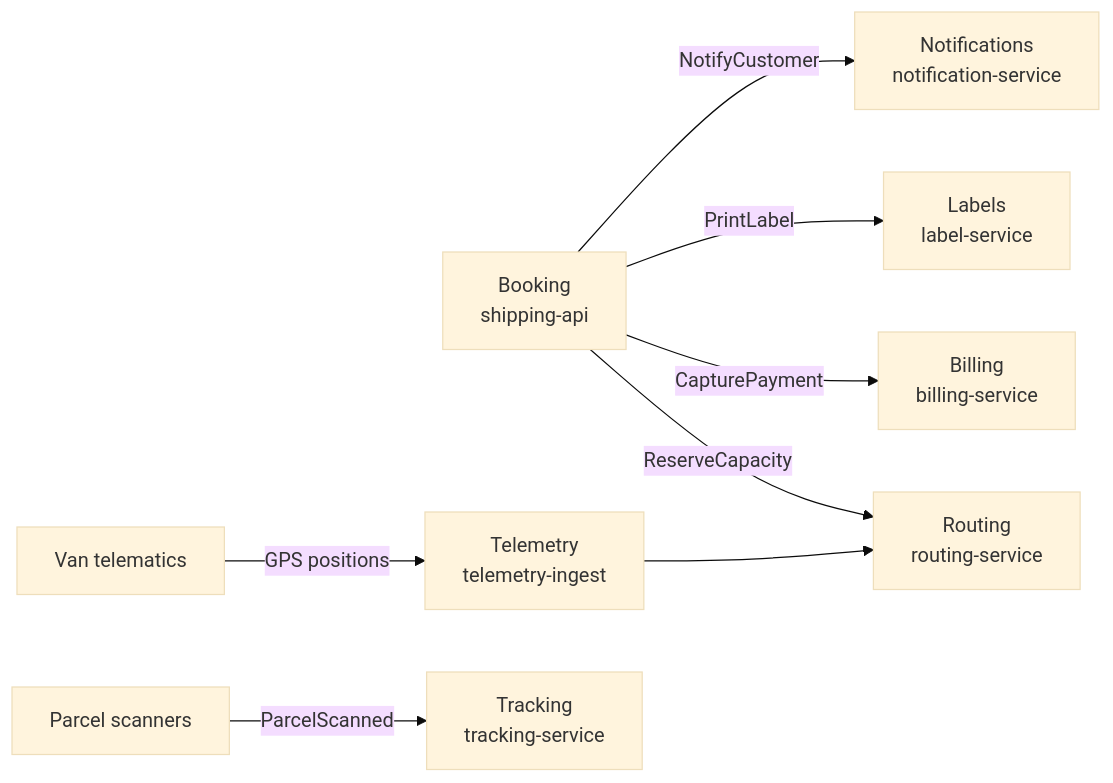
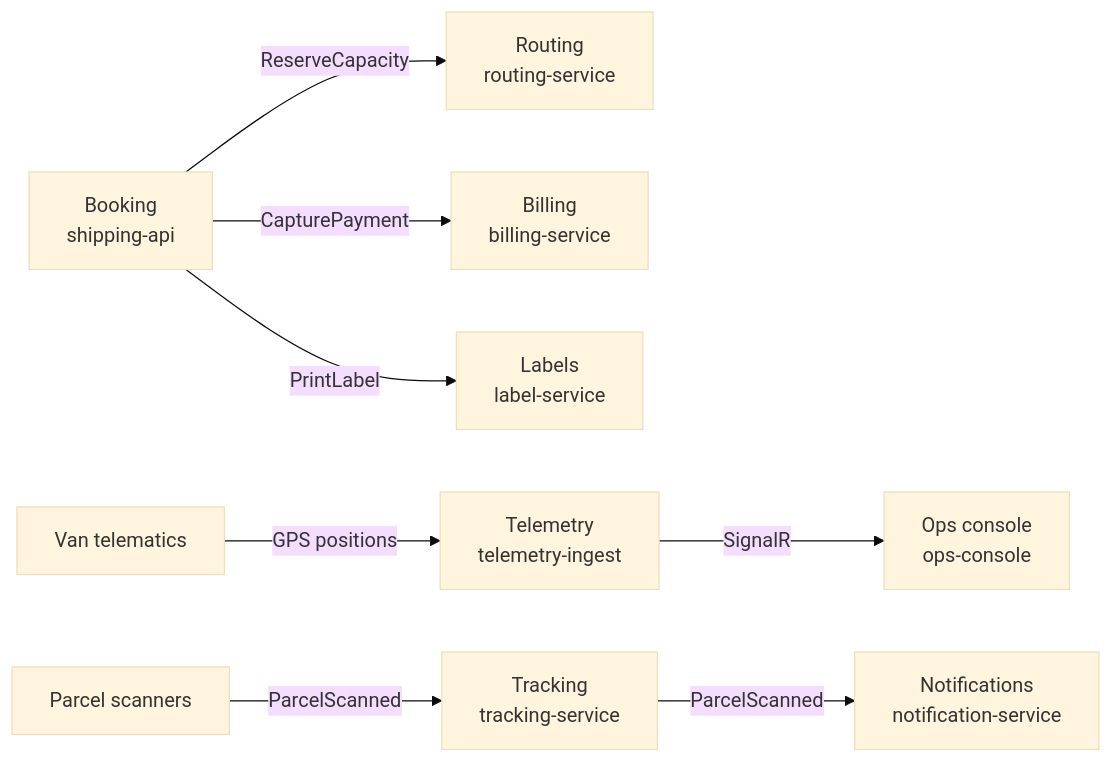
One commit to alexander-kastil/az-cloud-native changed the diagram in demos/01-distributed-design/01-monolith-vs-microservices/readme.md. Above: the diagram before and after it, drawn with Mermaid (base theme). The commit also changed other lines of this file and 1059 other files, not shown here.

````diff
--- a/demos/01-distributed-design/01-monolith-vs-microservices/readme.md
+++ b/demos/01-distributed-design/01-monolith-vs-microservices/readme.md
@@ -48,10 +50,10 @@
 ```mermaid
 flowchart LR
     Booking["Booking<br/>shipping-api"] -->|"ReserveCapacity"| Routing["Routing<br/>routing-service"]
     Booking -->|"CapturePayment"| Billing["Billing<br/>billing-service"]
     Booking -->|"PrintLabel"| Labels["Labels<br/>label-service"]
-    Booking -->|"NotifyCustomer"| Notify["Notifications<br/>notification-service"]
+    Tracking["Tracking<br/>tracking-service"] -->|"ParcelScanned"| Notify["Notifications<br/>notification-service"]
     Vans["Van telematics"] -->|"GPS positions"| Telemetry["Telemetry<br/>telemetry-ingest"]
-    Telemetry --> Routing
+    Telemetry -->|"SignalR"| Console["Ops console<br/>ops-console"]
     Scanners["Parcel scanners"] -->|"ParcelScanned"| Tracking["Tracking<br/>tracking-service"]
 ```
````
